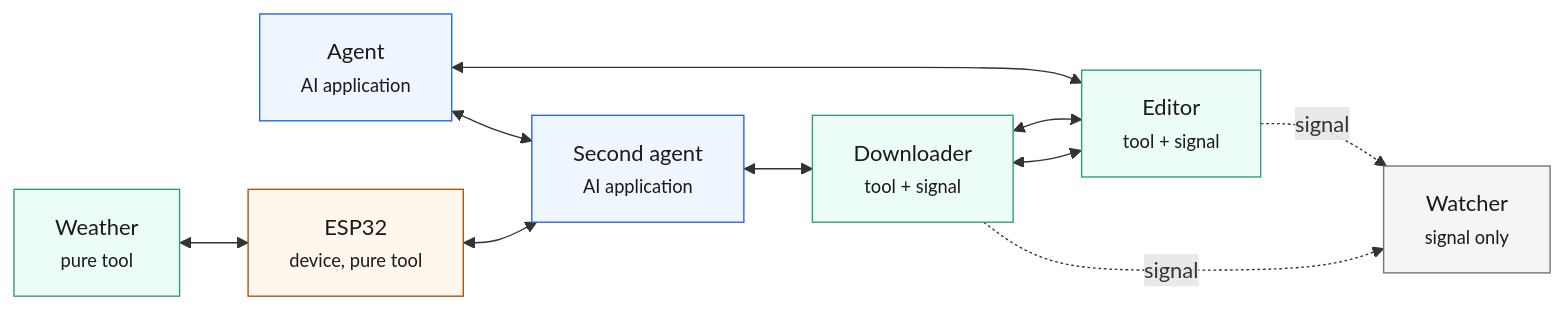
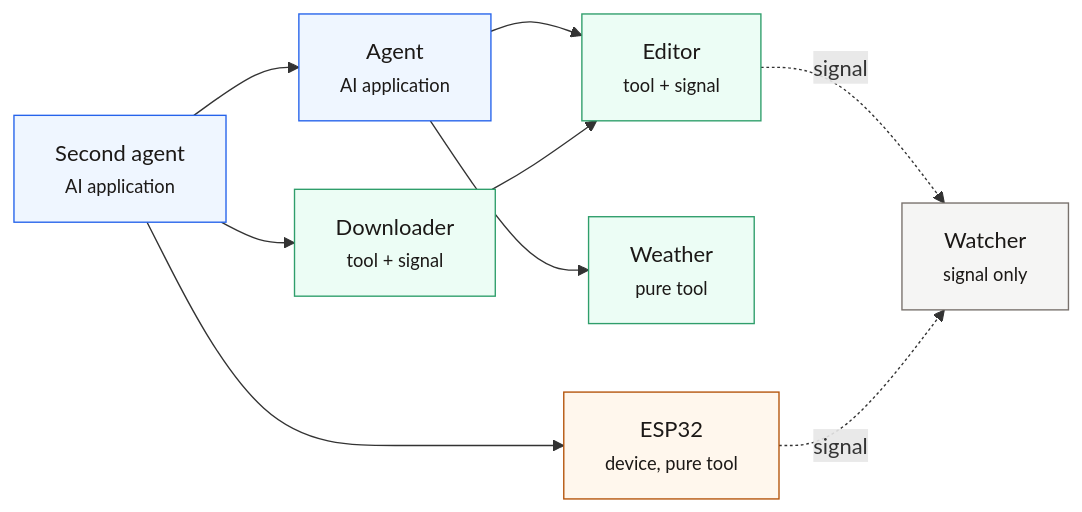
Before and after one commit to ModelSensingProtocol/msp-site: the diagram in docs-site/versioned_docs/version-2026-10-10/architecture.md, drawn with Mermaid. The commit also changed other lines of this file and 7 other files, not shown here.

First line of the commit message:
fix(docs): 架构图的连线改成有方向的调用（原来 ESP32→天气 是胡诌）

````diff
--- a/docs-site/versioned_docs/version-2026-10-10/architecture.md
+++ b/docs-site/versioned_docs/version-2026-10-10/architecture.md
@@ -3,32 +3,30 @@
 ```mermaid
 flowchart LR
   A1["Agent<br/><small>AI application</small>"]
   A2["Second agent<br/><small>AI application</small>"]
   ED["Editor<br/><small>tool + signal</small>"]
   DL["Downloader<br/><small>tool + signal</small>"]
   W["Weather<br/><small>pure tool</small>"]
   ES["ESP32<br/><small>device, pure tool</small>"]
   OB["Watcher<br/><small>signal only</small>"]
 
-  A1 <--> A2
-  ED <--> DL
-  W <--> ES
-
-  A1 <--> ED
-  A2 <--> DL
-  ES <--> A2
-  DL <--> ED
+  A1 --> ED
+  A1 --> W
+  A2 --> DL
+  A2 --> ES
+  A2 --> A1
+  DL --> ED
 
   ED -. signal .-> OB
-  DL -. signal .-> OB
+  ES -. signal .-> OB
 
   classDef ai fill:#eff6ff,stroke:#2563eb,color:#1c1917
   classDef tool fill:#ecfdf5,stroke:#2f9e6b,color:#1c1917
   classDef dev fill:#fff7ed,stroke:#b45309,color:#1c1917
   classDef obs fill:#f5f5f4,stroke:#78716c,color:#1c1917
 
   class A1,A2 ai
   class ED,DL,W tool
   class ES dev
   class OB obs
 ```
````
